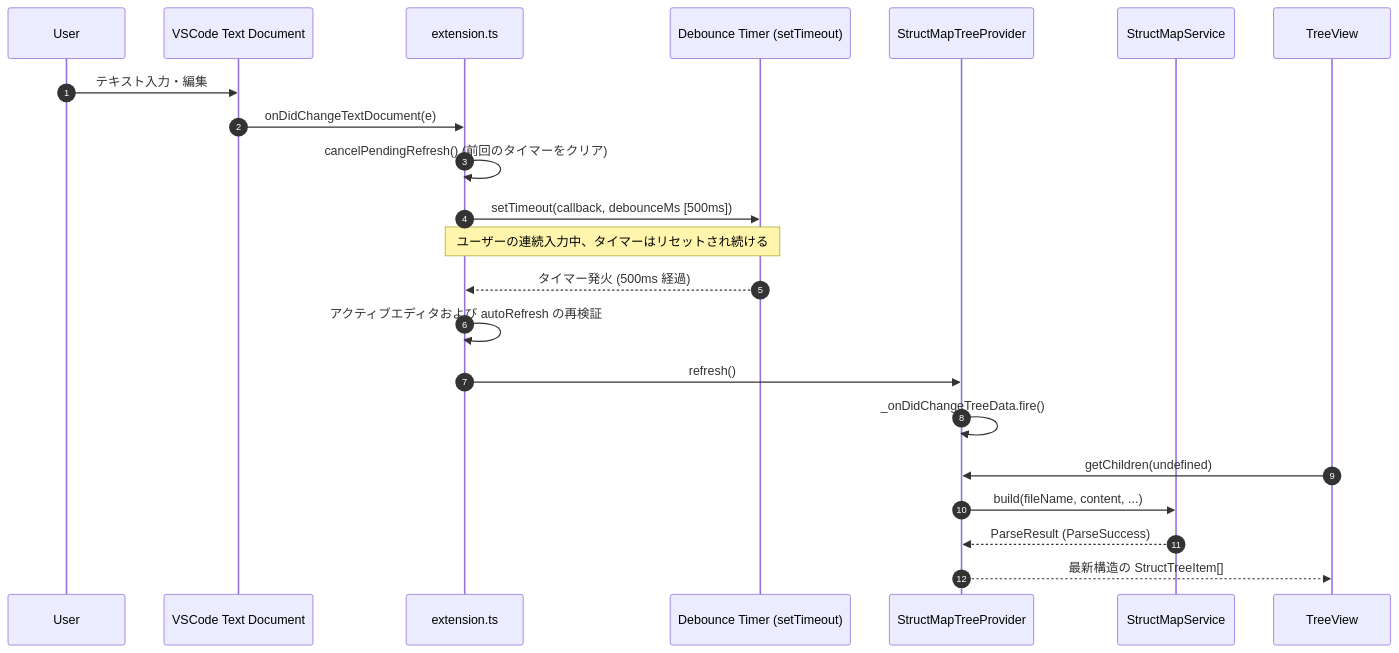
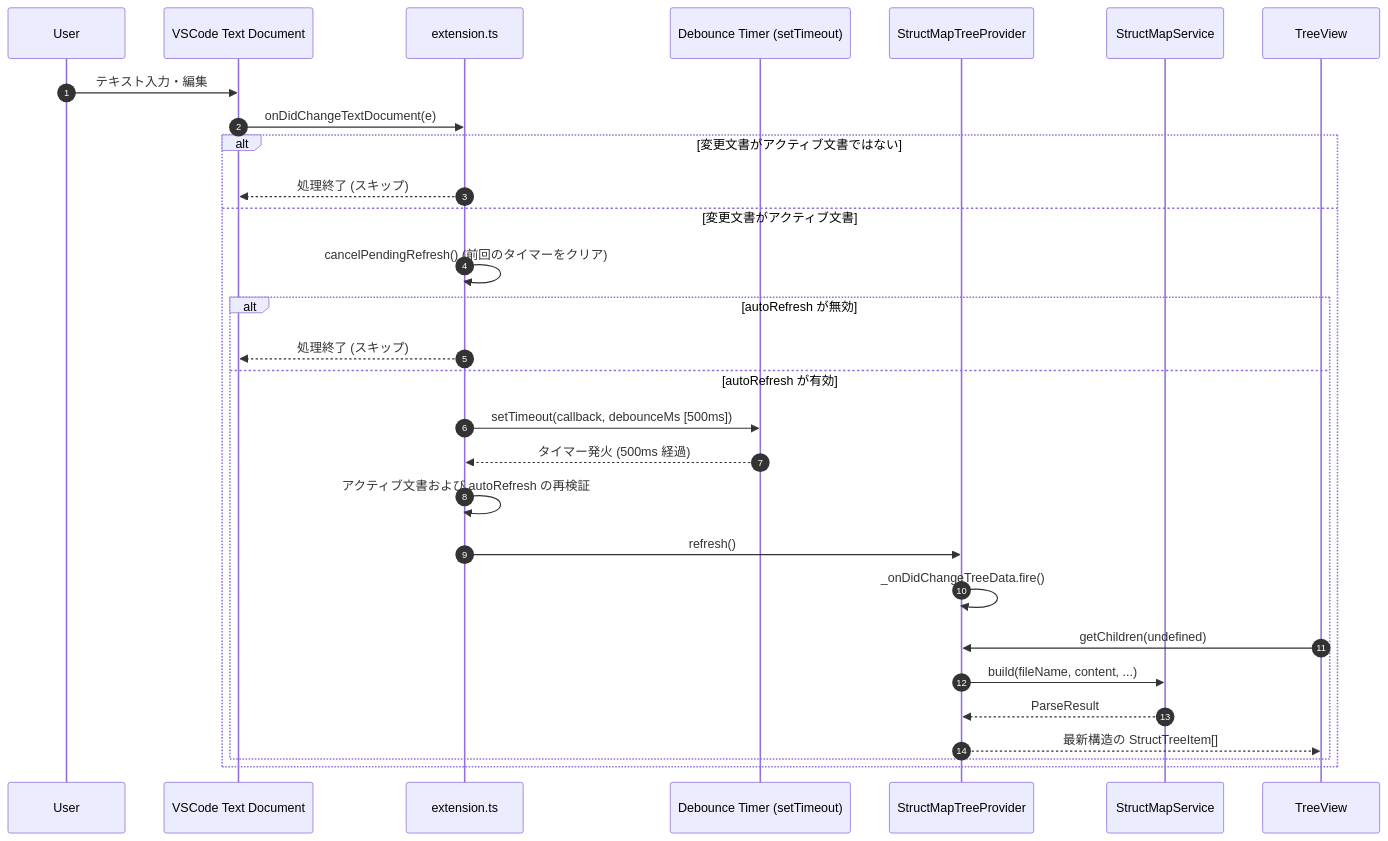
The third of 6 diagrams in docs/DATA_FLOW_AND_EVENTS.md (masanori-satake/StructMap-Solo), drawn with Mermaid before and after one commit. The commit also changed other lines of this file and 4 other files, not shown here.

Commit message:
docs: address PR review feedback on developer architecture documentation

````diff
--- a/docs/DATA_FLOW_AND_EVENTS.md
+++ b/docs/DATA_FLOW_AND_EVENTS.md
@@ -121,28 +113,32 @@
 ```mermaid
 sequenceDiagram
     autonumber
     participant U as User
     participant VS as VSCode Text Document
     participant Ext as extension.ts
     participant Timer as Debounce Timer (setTimeout)
     participant TP as StructMapTreeProvider
     participant Svc as StructMapService
     participant TV as TreeView
 
     U->>VS: テキスト入力・編集
     VS->>Ext: onDidChangeTextDocument(e)
-    Ext->>Ext: cancelPendingRefresh() (前回のタイマーをクリア)
-
-    Ext->>Timer: setTimeout(callback, debounceMs [500ms])
-    Note over Ext,Timer: ユーザーの連続入力中、タイマーはリセットされ続ける
-
-    Timer-->>Ext: タイマー発火 (500ms 経過)
-    Ext->>Ext: アクティブエディタおよび autoRefresh の再検証
-
-    Ext->>TP: refresh()
-    TP->>TP: _onDidChangeTreeData.fire()
-    TV->>TP: getChildren(undefined)
-    TP->>Svc: build(fileName, content, ...)
-    Svc-->>TP: ParseResult (ParseSuccess)
-    TP-->>TV: 最新構造の StructTreeItem[]
+    alt 変更文書がアクティブ文書ではない
+        Ext-->>VS: 処理終了 (スキップ)
+    else 変更文書がアクティブ文書
+        Ext->>Ext: cancelPendingRefresh() (前回のタイマーをクリア)
+        alt autoRefresh が無効
+            Ext-->>VS: 処理終了 (スキップ)
+        else autoRefresh が有効
+            Ext->>Timer: setTimeout(callback, debounceMs [500ms])
+            Timer-->>Ext: タイマー発火 (500ms 経過)
+            Ext->>Ext: アクティブ文書および autoRefresh の再検証
+            Ext->>TP: refresh()
+            TP->>TP: _onDidChangeTreeData.fire()
+            TV->>TP: getChildren(undefined)
+            TP->>Svc: build(fileName, content, ...)
+            Svc-->>TP: ParseResult
+            TP-->>TV: 最新構造の StructTreeItem[]
+        end
+    end
 ```
````
